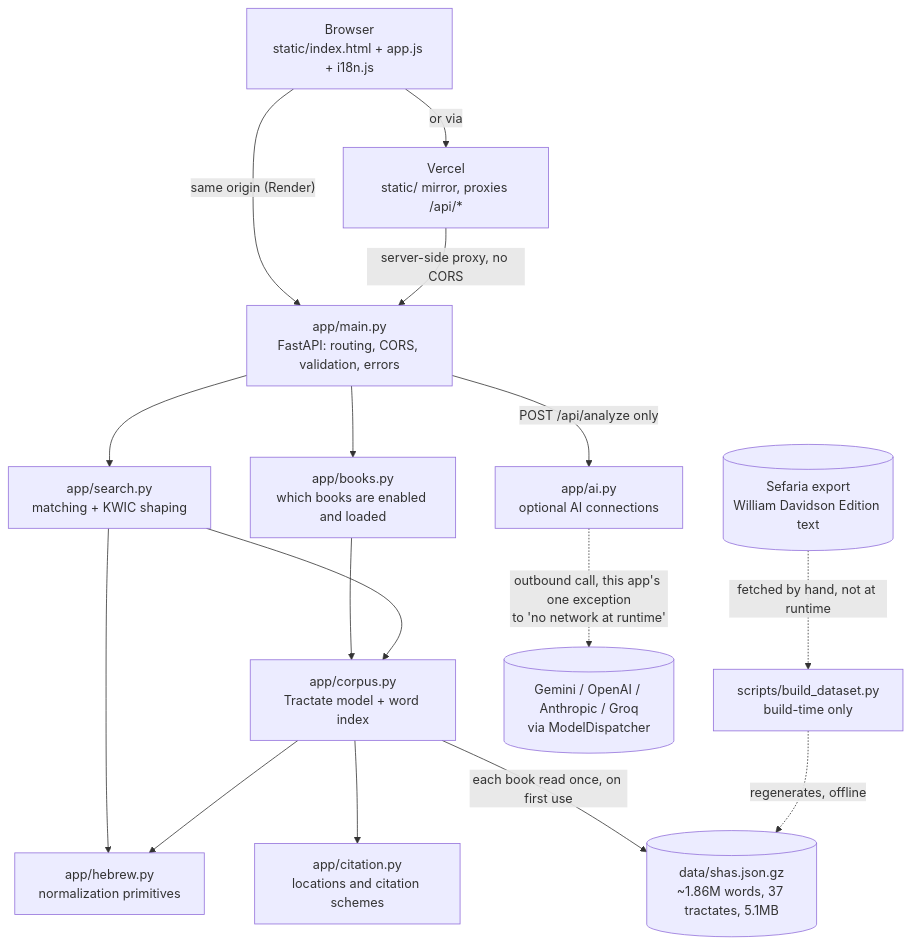
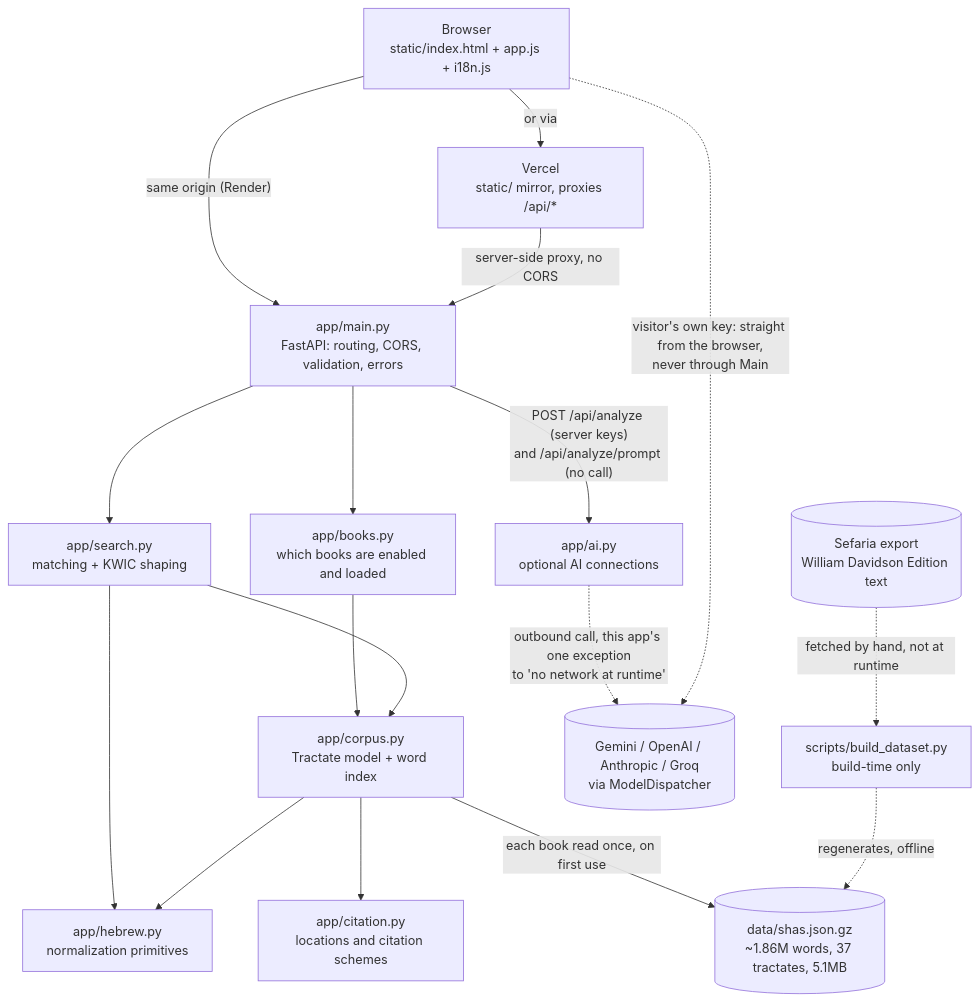
One commit to joka-7/shas-radar changed the first of 2 diagrams in docs/HLD.md. Above: the diagram before and after it, drawn with Mermaid. The commit also changed other lines of this file and 15 other files, not shown here.

First line of the commit message:
feat(ai)!: run visitor-key analyses from the browser, never the server

````diff
--- a/docs/HLD.md
+++ b/docs/HLD.md
@@ -48,32 +48,33 @@
 ```mermaid
 flowchart TD
     Browser["Browser<br/>static/index.html + app.js + i18n.js"]
     Vercel["Vercel<br/>static/ mirror, proxies /api/*"]
     Main["app/main.py<br/>FastAPI: routing, CORS, validation, errors"]
     Search["app/search.py<br/>matching + KWIC shaping"]
     Books["app/books.py<br/>which books are enabled and loaded"]
     Citation["app/citation.py<br/>locations and citation schemes"]
     Corpus["app/corpus.py<br/>Tractate model + word index"]
     Hebrew["app/hebrew.py<br/>normalization primitives"]
     AI["app/ai.py<br/>optional AI connections"]
     Data[("data/shas.json.gz<br/>~1.86M words, 37 tractates, 5.1MB")]
     Build["scripts/build_dataset.py<br/>build-time only"]
     Sefaria[("Sefaria export<br/>William Davidson Edition text")]
     Vendor[("Gemini / OpenAI / Anthropic / Groq<br/>via ModelDispatcher")]
 
     Browser -->|"same origin (Render)"| Main
     Browser -->|"or via"| Vercel
     Vercel -->|"server-side proxy, no CORS"| Main
     Main --> Search
     Main --> Books
     Books --> Corpus
-    Main -->|"POST /api/analyze only"| AI
+    Main -->|"POST /api/analyze (server keys)<br/>and /api/analyze/prompt (no call)"| AI
     Search --> Corpus
     Search --> Hebrew
     Corpus --> Hebrew
     Corpus --> Citation
     Corpus -->|"each book read once, on first use"| Data
     AI -.->|"outbound call, this app's one exception<br/>to 'no network at runtime'"| Vendor
+    Browser -.->|"visitor's own key: straight from the browser,<br/>never through Main"| Vendor
     Build -.->|"regenerates, offline"| Data
     Sefaria -.->|"fetched by hand, not at runtime"| Build
 ```
````
